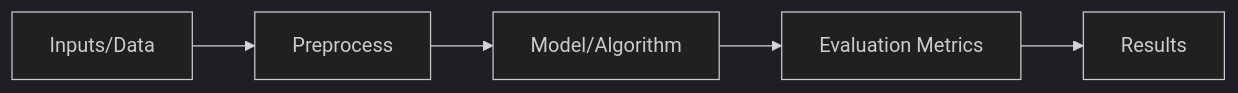
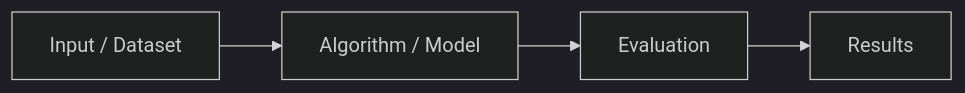
One commit to 3odat/Literature_Review changed the diagram in general_lit_review_template.md. Above: the diagram before and after it, drawn with Mermaid (dark theme). The commit also changed other lines of this file, not shown here.

````diff
--- a/general_lit_review_template.md
+++ b/general_lit_review_template.md
@@ -87,7 +114,6 @@
 ```mermaid
 flowchart LR
-A[Inputs/Data] --> B[Preprocess]
-B --> C[Model/Algorithm]
-C --> D[Evaluation Metrics]
-D --> E[Results]
+A[Input / Dataset] --> B[Algorithm / Model]
+B --> C[Evaluation]
+C --> D[Results]
 ```
````
